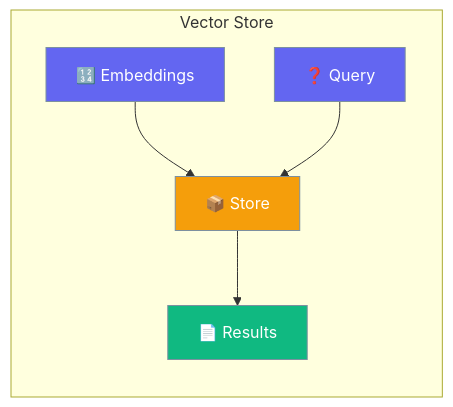
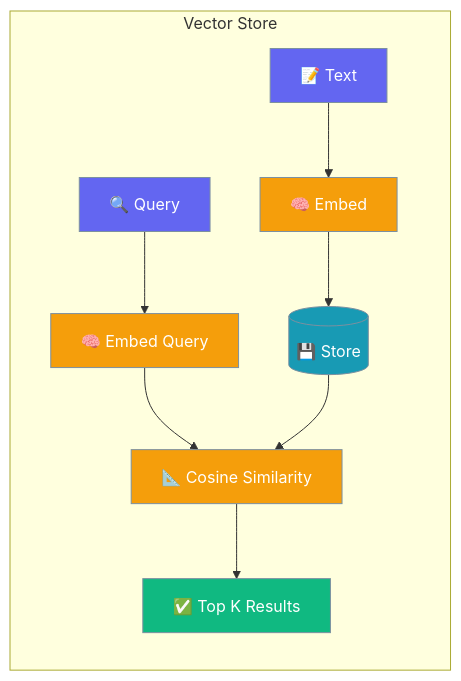
The first of 3 diagrams in docs/rust/vector-store.mdx (MervinPraison/PraisonAIDocs), drawn with Mermaid before and after one commit. The commit also changed other lines of this file and 5 other files, not shown here.

````diff
--- a/docs/rust/vector-store.mdx
+++ b/docs/rust/vector-store.mdx
@@ -10,16 +10,21 @@
 ```mermaid
 graph LR
     subgraph "Vector Store"
-        E[🔢 Embeddings] --> V[📦 Store]
-        Q[❓ Query] --> V
-        V --> R[📄 Results]
+        T[📝 Text] --> E[🧠 Embed]
+        E --> S[(💾 Store)]
+        Q[🔍 Query] --> QE[🧠 Embed Query]
+        QE --> Sim[📐 Cosine Similarity]
+        S --> Sim
+        Sim --> R[✅ Top K Results]
     end
-    
+
     classDef input fill:#6366F1,stroke:#7C90A0,color:#fff
-    classDef store fill:#F59E0B,stroke:#7C90A0,color:#fff
+    classDef process fill:#F59E0B,stroke:#7C90A0,color:#fff
+    classDef store fill:#189AB4,stroke:#7C90A0,color:#fff
     classDef output fill:#10B981,stroke:#7C90A0,color:#fff
-    
-    class E,Q input
-    class V store
+
+    class T,Q input
+    class E,QE,Sim process
+    class S store
     class R output
 ```
````
